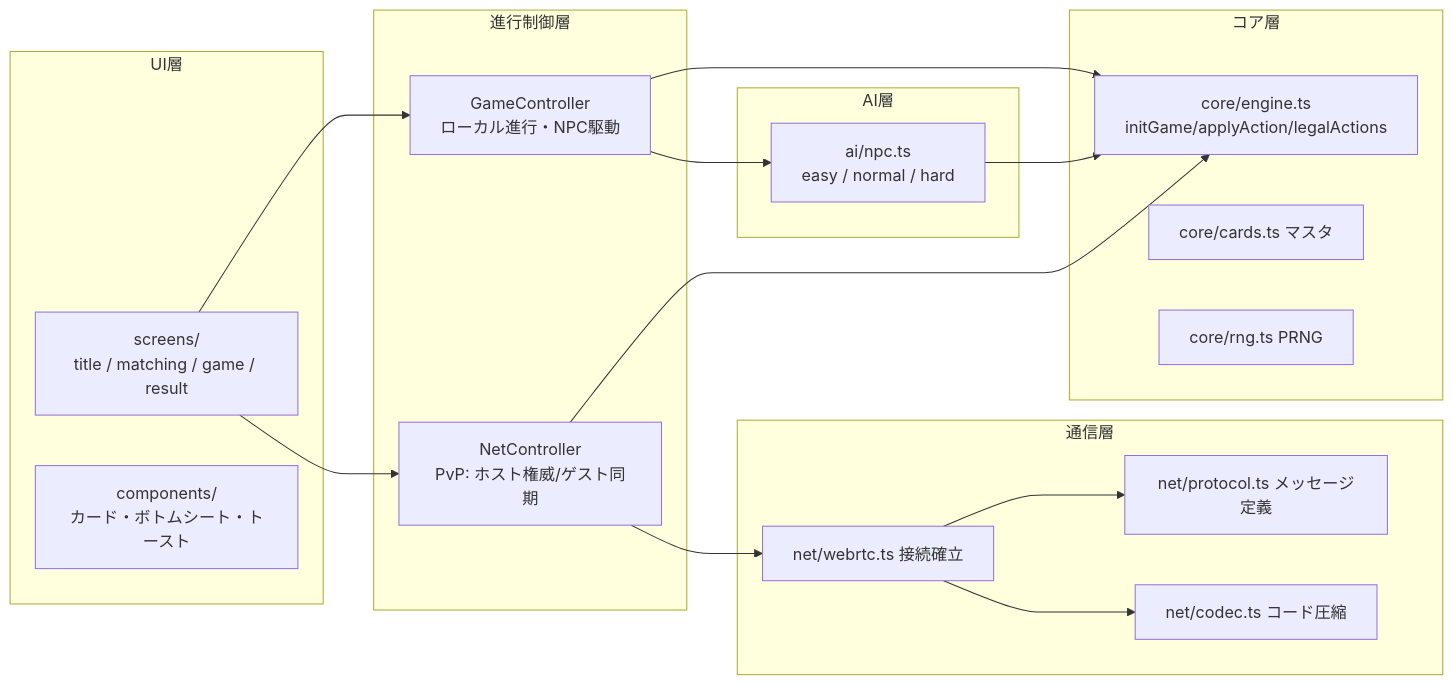
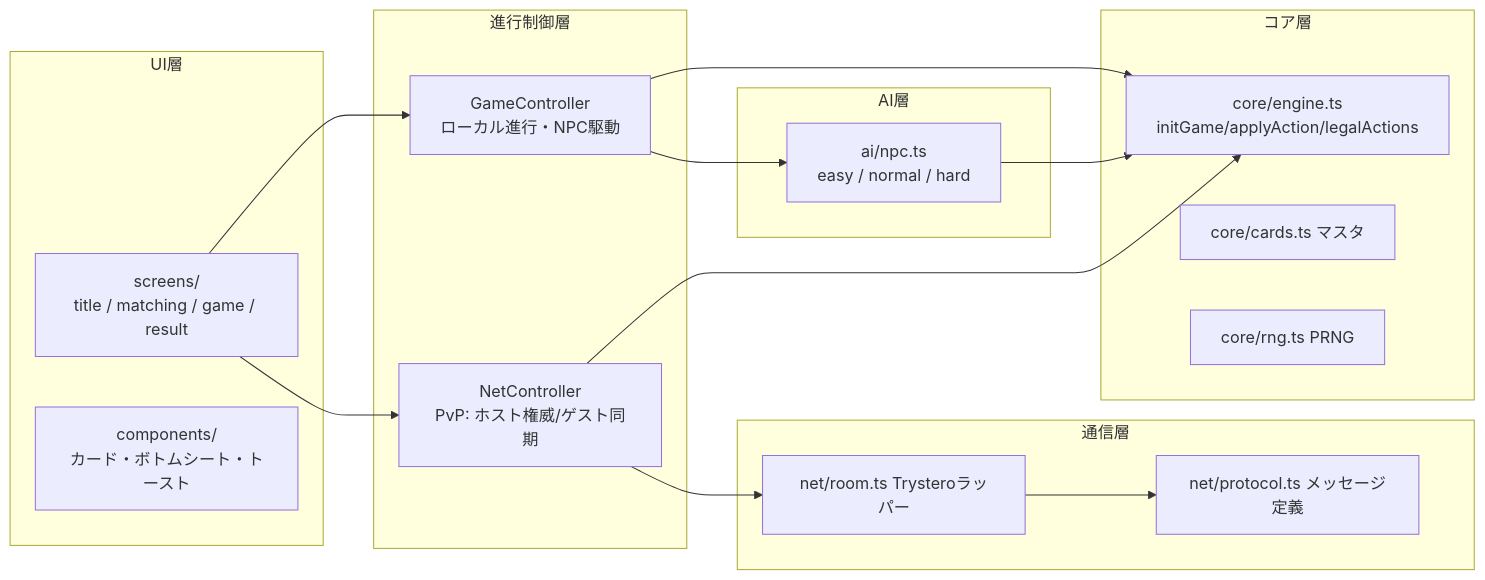
Before and after one commit to sakanayuki/cc_josys: the third of 4 diagrams in docs/詳細設計書.md, drawn with Mermaid. The commit also changed other lines of this file and 7 other files, not shown here.

````diff
--- a/docs/詳細設計書.md
+++ b/docs/詳細設計書.md
@@ -545,33 +542,31 @@
 ```mermaid
 flowchart LR
     subgraph UI層
       SC[screens/<br>title / matching / game / result]
       CMP[components/<br>カード・ボトムシート・トースト]
     end
     subgraph 進行制御層
       GC[GameController<br>ローカル進行・NPC駆動]
       NC[NetController<br>PvP: ホスト権威/ゲスト同期]
     end
     subgraph コア層
       EN[core/engine.ts<br>initGame/applyAction/legalActions]
       CD[core/cards.ts マスタ]
       RN[core/rng.ts PRNG]
     end
     subgraph 通信層
-      RT[net/webrtc.ts 接続確立]
+      RT[net/room.ts Trysteroラッパー]
       PR[net/protocol.ts メッセージ定義]
-      CO[net/codec.ts コード圧縮]
     end
     subgraph AI層
       AI[ai/npc.ts<br>easy / normal / hard]
     end
     SC --> GC
     SC --> NC
     GC --> EN
     GC --> AI
     NC --> EN
     NC --> RT
     RT --> PR
-    RT --> CO
     AI --> EN
 ```
````
